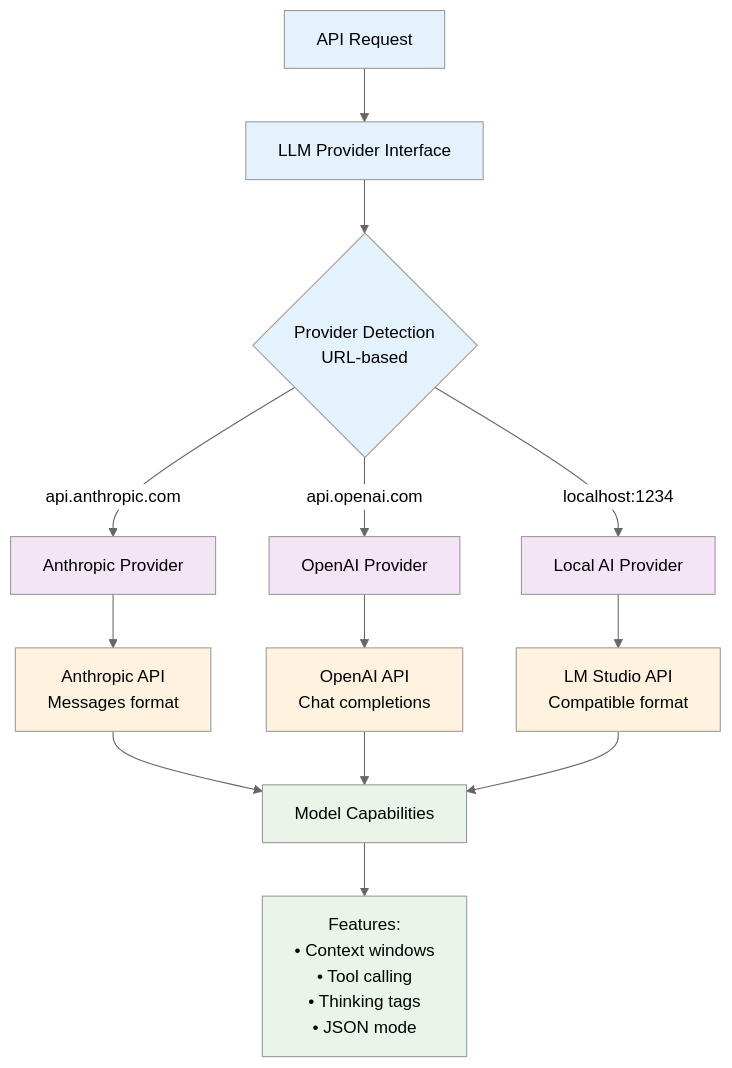
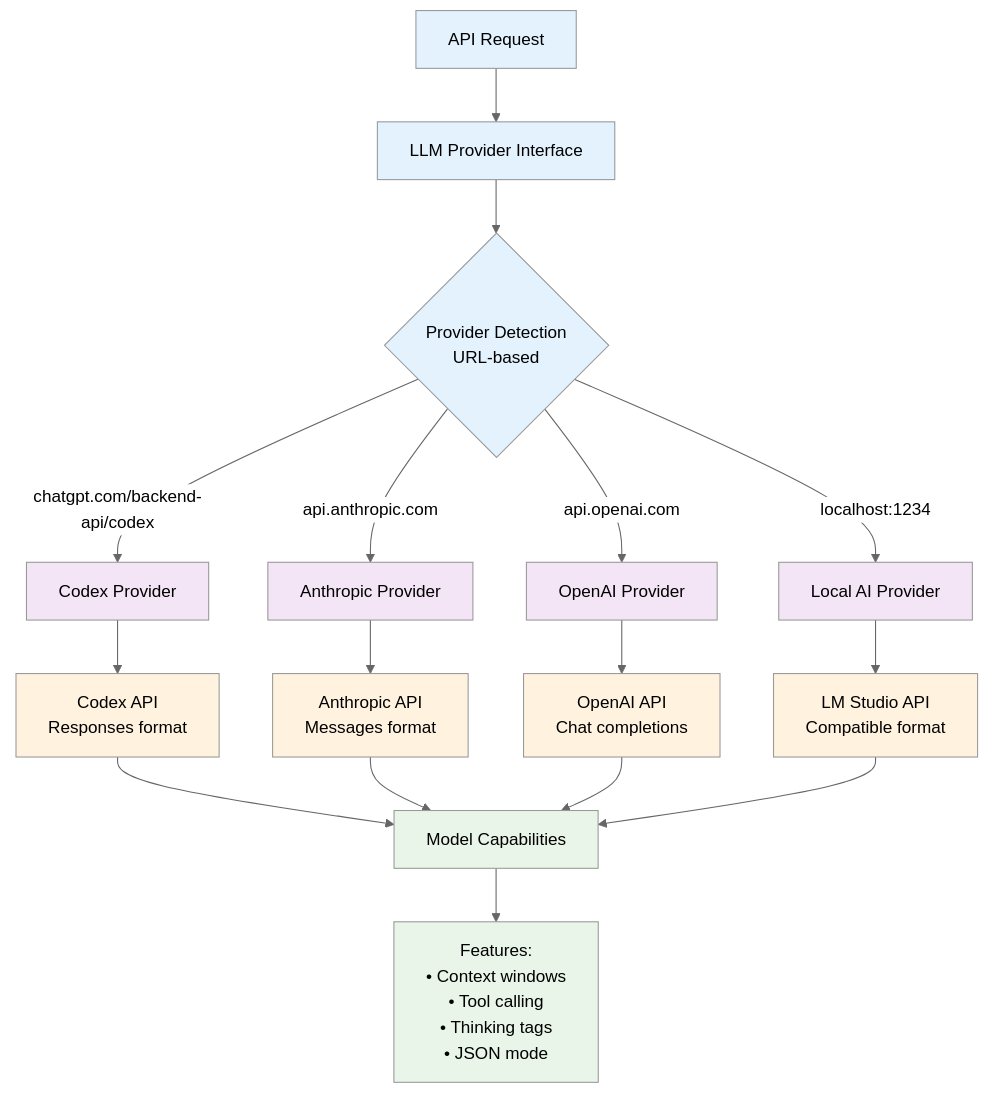
The eighth of 19 diagrams in ARCHITECTURE.md (tgittos/scaffold), drawn with Mermaid (neutral theme) before and after one commit. The commit also changed other lines of this file and 30 other files, not shown here.

First line of the commit message:
Add OpenAI Codex OAuth login, provider, and review fixes

````diff
--- a/ARCHITECTURE.md
+++ b/ARCHITECTURE.md
@@ -395,29 +409,32 @@
 ```mermaid
 graph TB
     APICall[API Request] --> LLMProvider[LLM Provider Interface]
     
     LLMProvider --> Detection{Provider Detection<br/>URL-based}
+    Detection -->|chatgpt.com/backend-api/codex| Codex[Codex Provider]
     Detection -->|api.anthropic.com| Anthropic[Anthropic Provider]
     Detection -->|api.openai.com| OpenAI[OpenAI Provider]
     Detection -->|localhost:1234| LocalAI[Local AI Provider]
-    
+
+    Codex --> CodexAPI[Codex API<br/>Responses format]
     Anthropic --> AnthropicAPI[Anthropic API<br/>Messages format]
     OpenAI --> OpenAIAPI[OpenAI API<br/>Chat completions]
     LocalAI --> LocalAPI[LM Studio API<br/>Compatible format]
     
-    AnthropicAPI --> ModelCaps[Model Capabilities]
+    CodexAPI --> ModelCaps[Model Capabilities]
+    AnthropicAPI --> ModelCaps
     OpenAIAPI --> ModelCaps
     LocalAPI --> ModelCaps
     
     ModelCaps --> Features[Features:<br/>• Context windows<br/>• Tool calling<br/>• Thinking tags<br/>• JSON mode]
 
     classDef interface fill:#e3f2fd
     classDef provider fill:#f3e5f5
     classDef api fill:#fff3e0
     classDef capabilities fill:#e8f5e8
 
     class APICall,LLMProvider,Detection interface
-    class Anthropic,OpenAI,LocalAI provider
-    class AnthropicAPI,OpenAIAPI,LocalAPI api
+    class Codex,Anthropic,OpenAI,LocalAI provider
+    class CodexAPI,AnthropicAPI,OpenAIAPI,LocalAPI api
     class ModelCaps,Features capabilities
 ```
````
